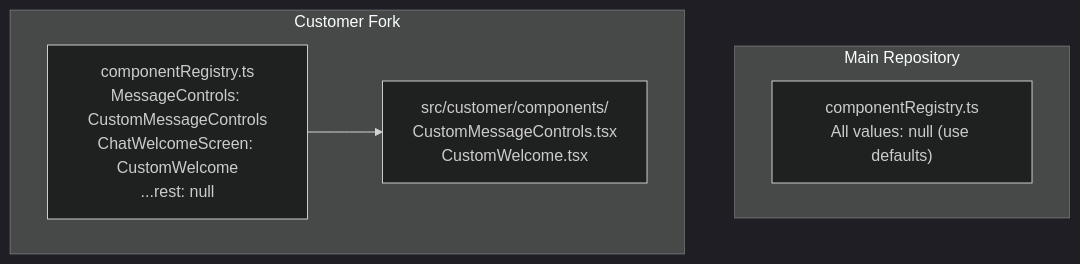
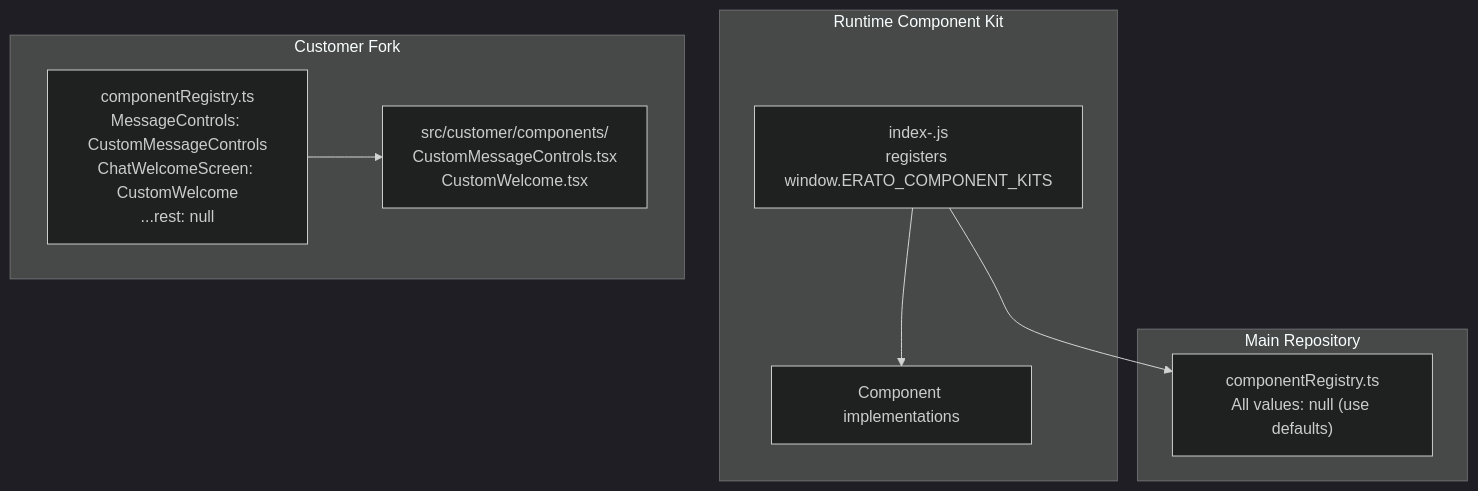
Before and after one commit to EratoLab/erato: the diagram in site/content/docs/features/component_customization.mdx, drawn with Mermaid (dark theme). The commit also changed other lines of this file and 41 other files, not shown here.

First line of the commit message:
Set up component kit mechanism

````diff
--- a/site/content/docs/features/component_customization.mdx
+++ b/site/content/docs/features/component_customization.mdx
@@ -16,13 +16,20 @@
 ```mermaid
 flowchart TB
   subgraph MainRepo[Main Repository]
     MainRegistry["componentRegistry.ts<br/>All values: null (use defaults)"]
+  end
+
+  subgraph ComponentKit[Runtime Component Kit]
+    KitBundle["index-<hash>.js<br/>registers window.ERATO_COMPONENT_KITS"]
+    KitComponents["Component implementations"]
   end
 
   subgraph CustomerFork[Customer Fork]
     ForkRegistry["componentRegistry.ts<br/>MessageControls: CustomMessageControls<br/>ChatWelcomeScreen: CustomWelcome<br/>...rest: null"]
     CustomComponents["src/customer/components/<br/>CustomMessageControls.tsx<br/>CustomWelcome.tsx"]
   end
 
+  KitBundle --> KitComponents
+  KitBundle --> MainRegistry
   ForkRegistry --> CustomComponents
 ```
````
